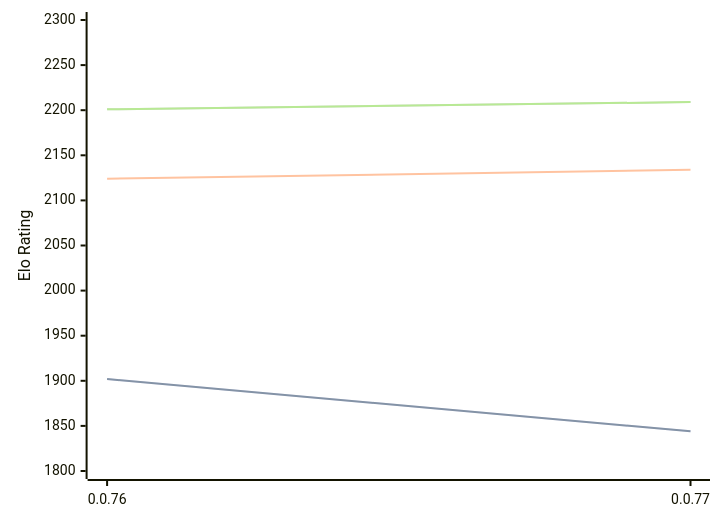
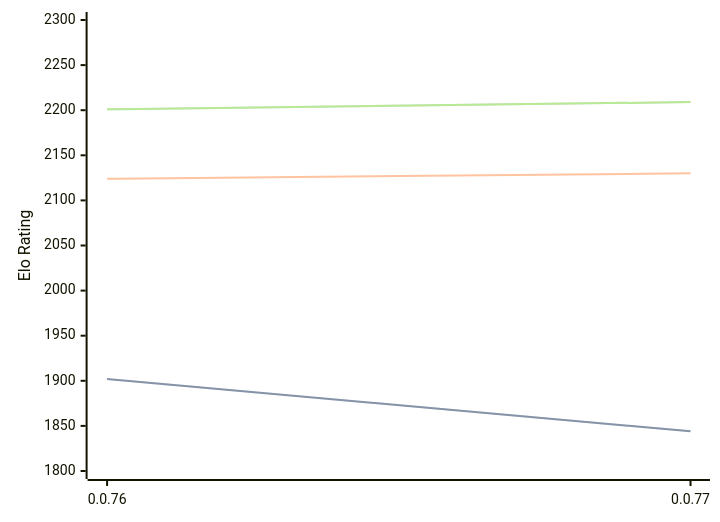
Before and after one commit to computer-chess-index/cci: the third of 3 diagrams in engines/Fktb.md, drawn with Mermaid. The commit also changed other lines of this file, not shown here.

````diff
--- a/engines/Fktb.md
+++ b/engines/Fktb.md
@@ -65,11 +65,11 @@
 ```mermaid
 %%{init: {"theme":"base","themeVariables":{"seriesColors:['#a3a3a3','#222221','#faa371']}}}%%
 xychart-beta
   x-axis ["0.0.76", "0.0.77"]
   y-axis "Elo Rating" 1800 --> 2300
   line "STC (8.0+0.08s)" [1902, 1844]
   line "STC (8.0+0.08s)" [1902, 1844]
-  line "LTC (60.0+0.60s)" [2124, 2134]
+  line "LTC (60.0+0.60s)" [2124, 2130]
   line "VLTC (2m24s+1.12s)" [2201, 2209]
   line "VLTC (2m24s+1.12s)" [2201, 2209]
 ```
````
